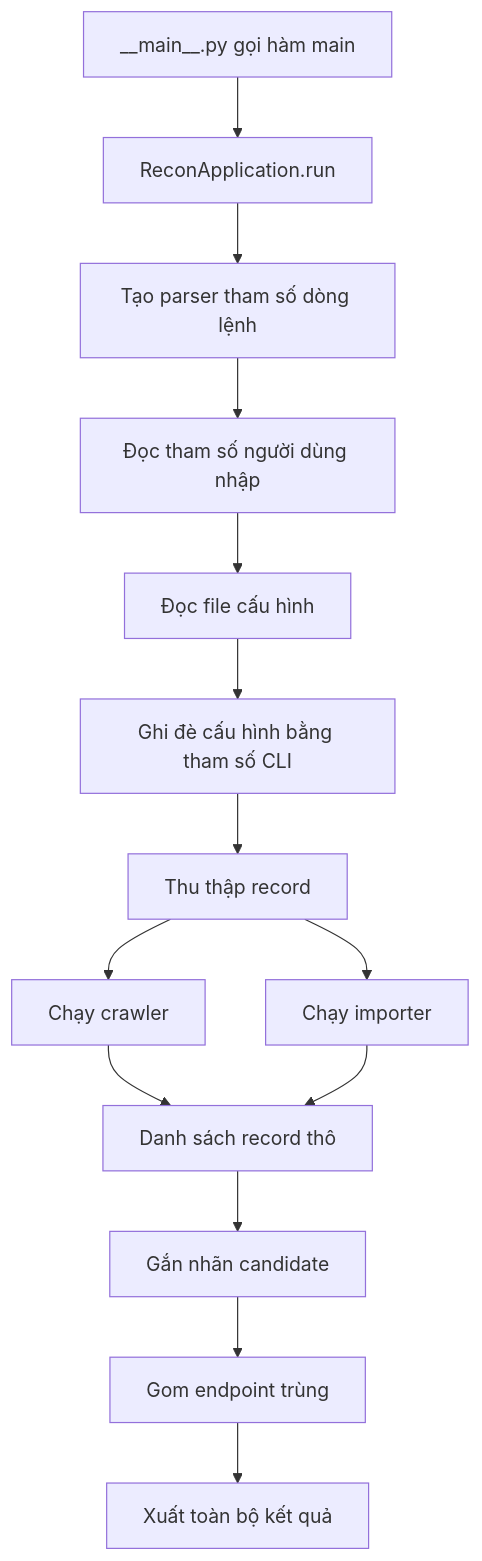
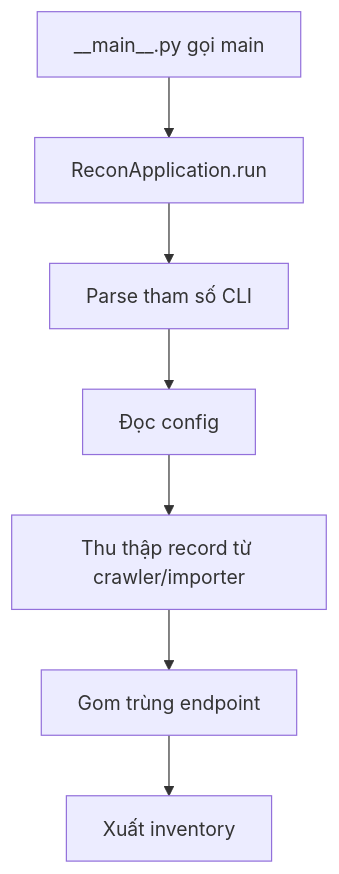
One commit to penguino7/toolkiemthu changed the second of 8 diagrams in recontool/RECON_FLOW.md. Above: the diagram before and after it, drawn with Mermaid. The commit also changed other lines of this file and 34 other files, not shown here.

````diff
--- a/recontool/RECON_FLOW.md
+++ b/recontool/RECON_FLOW.md
@@ -45,16 +32,9 @@
 ```mermaid
 flowchart TD
-    A[__main__.py gọi hàm main] --> B[ReconApplication.run]
-    B --> C[Tạo parser tham số dòng lệnh]
-    C --> D[Đọc tham số người dùng nhập]
-    D --> E[Đọc file cấu hình]
-    E --> F[Ghi đè cấu hình bằng tham số CLI]
-    F --> G[Thu thập record]
-    G --> H[Chạy crawler]
-    G --> I[Chạy importer]
-    H --> J[Danh sách record thô]
-    I --> J
-    J --> K[Gắn nhãn candidate]
-    K --> L[Gom endpoint trùng]
-    L --> M[Xuất toàn bộ kết quả]
+    A[__main__.py gọi main] --> B[ReconApplication.run]
+    B --> C[Parse tham số CLI]
+    C --> D[Đọc config]
+    D --> E[Thu thập record từ crawler/importer]
+    E --> F[Gom trùng endpoint]
+    F --> G[Xuất inventory]
 ```
````
